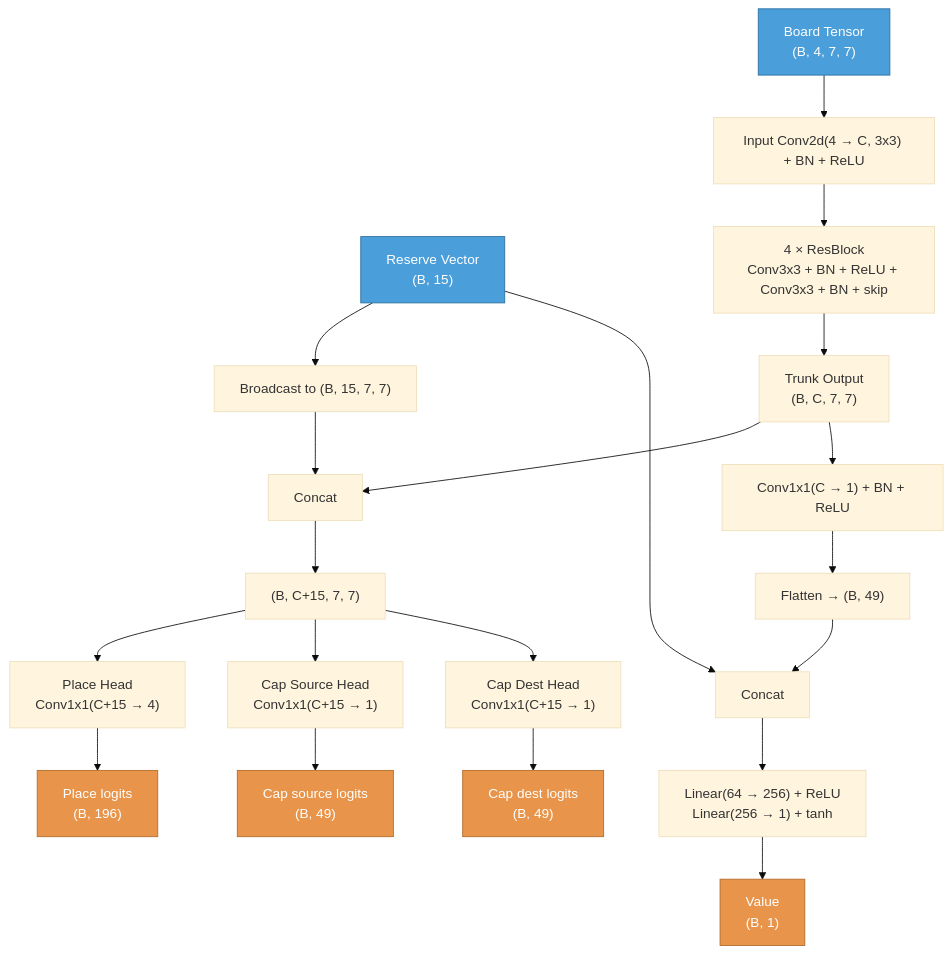
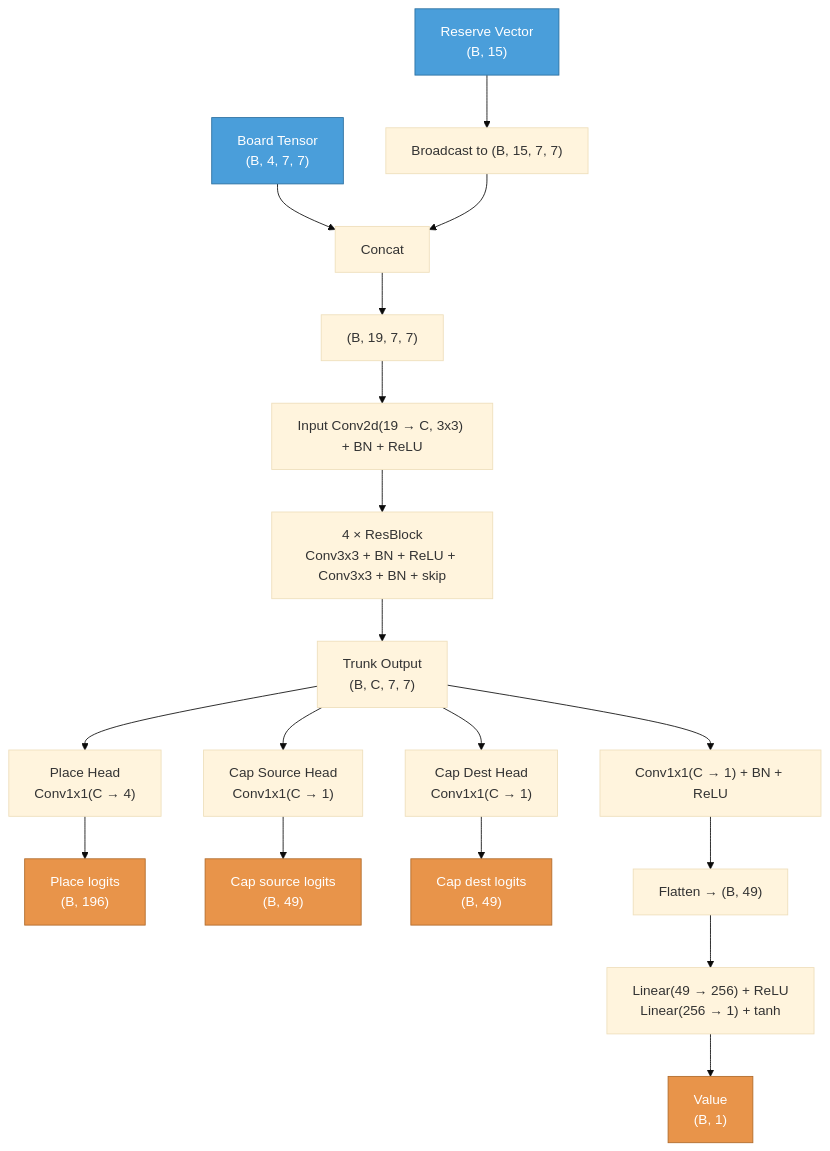
One commit to wldevries/hive-zero changed the diagram in docs/zertz_model.md. Above: the diagram before and after it, drawn with Mermaid (base theme). The commit also changed other lines of this file and 1 other file, not shown here.

First line of the commit message:
Broadcast reserve into trunk input instead of heads

````diff
--- a/docs/zertz_model.md
+++ b/docs/zertz_model.md
@@ -5,30 +5,27 @@
 ```mermaid
 graph TD
-    BT["Board Tensor<br/>(B, 4, 7, 7)"]:::input --> IC["Input Conv2d(4 → C, 3x3) + BN + ReLU"]
+    BT["Board Tensor<br/>(B, 4, 7, 7)"]:::input --> CAT["Concat"]
     RV["Reserve Vector<br/>(B, 15)"]:::input --> BC["Broadcast to (B, 15, 7, 7)"]
+    BC --> CAT
+    CAT --> INPUT["(B, 19, 7, 7)"]
 
+    INPUT --> IC["Input Conv2d(19 → C, 3x3) + BN + ReLU"]
     IC --> RB["4 × ResBlock<br/>Conv3x3 + BN + ReLU + Conv3x3 + BN + skip"]
     RB --> TRUNK["Trunk Output<br/>(B, C, 7, 7)"]
 
-    TRUNK --> CAT["Concat"]
-    BC --> CAT
-    CAT --> XR["(B, C+15, 7, 7)"]
-
-    XR --> PH_PLACE["Place Head<br/>Conv1x1(C+15 → 4)"]
-    XR --> PH_SRC["Cap Source Head<br/>Conv1x1(C+15 → 1)"]
-    XR --> PH_DST["Cap Dest Head<br/>Conv1x1(C+15 → 1)"]
+    TRUNK --> PH_PLACE["Place Head<br/>Conv1x1(C → 4)"]
+    TRUNK --> PH_SRC["Cap Source Head<br/>Conv1x1(C → 1)"]
+    TRUNK --> PH_DST["Cap Dest Head<br/>Conv1x1(C → 1)"]
 
     PH_PLACE --> PO_PLACE["Place logits<br/>(B, 196)"]:::output
     PH_SRC --> PO_SRC["Cap source logits<br/>(B, 49)"]:::output
     PH_DST --> PO_DST["Cap dest logits<br/>(B, 49)"]:::output
 
     TRUNK --> VC["Conv1x1(C → 1) + BN + ReLU"]
     VC --> VF["Flatten → (B, 49)"]
-    RV --> VCAT["Concat"]
-    VF --> VCAT
-    VCAT --> VFC["Linear(64 → 256) + ReLU<br/>Linear(256 → 1) + tanh"]
+    VF --> VFC["Linear(49 → 256) + ReLU<br/>Linear(256 → 1) + tanh"]
     VFC --> VOUT["Value<br/>(B, 1)"]:::output
 
     classDef input fill:#4a9eda,stroke:#2a6fa0,color:#fff
     classDef output fill:#e8944a,stroke:#b06a2a,color:#fff
 ```
````
